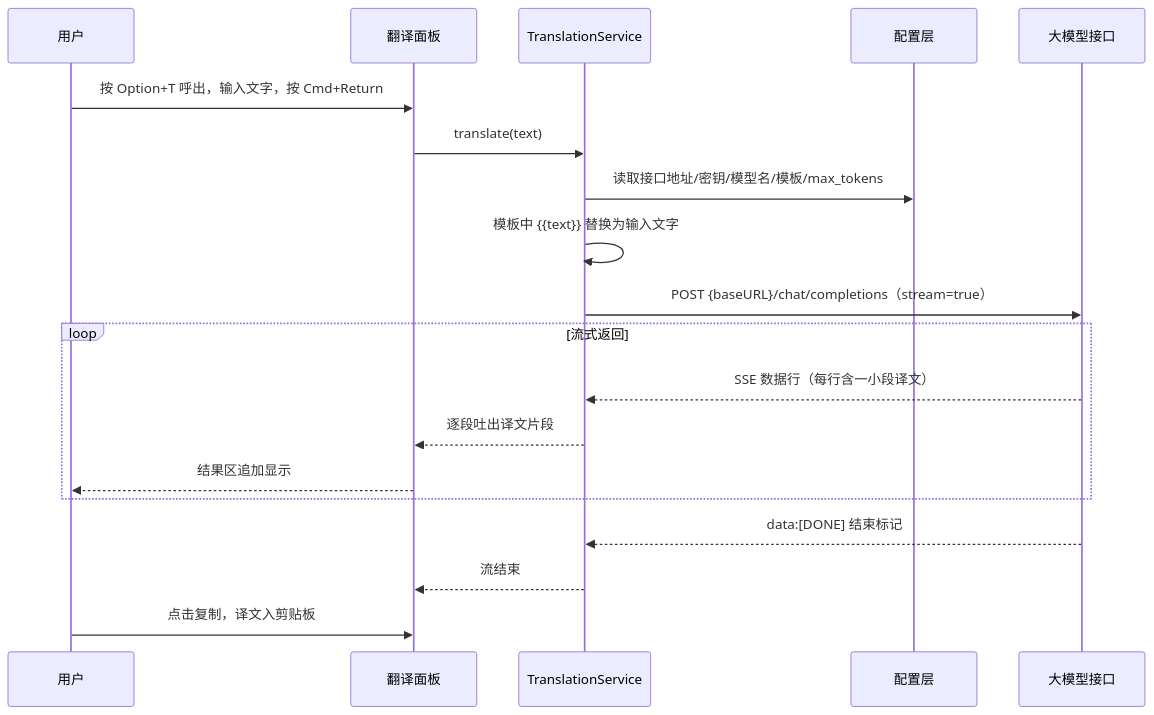
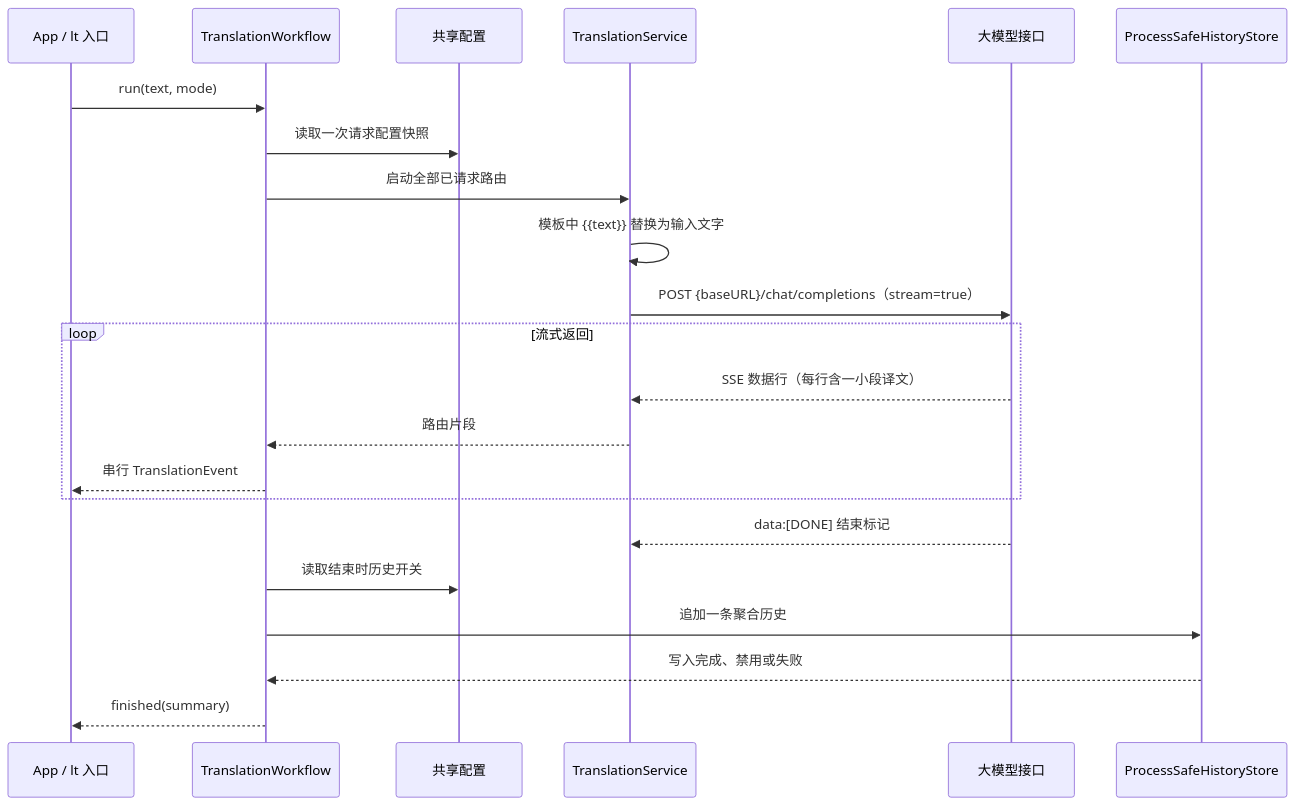
Before and after one commit to gOODiDEA2002/lighttrans: the second of 3 diagrams in docs/02-system-design.md, drawn with Mermaid. The commit also changed other lines of this file and 43 other files, not shown here.

````diff
--- a/docs/02-system-design.md
+++ b/docs/02-system-design.md
@@ -82,22 +88,25 @@
 ```mermaid
 sequenceDiagram
-    participant U as 用户
-    participant P as 翻译面板
+    participant E as App / lt 入口
+    participant W as TranslationWorkflow
+    participant C as 共享配置
     participant S as TranslationService
-    participant C as 配置层
     participant M as 大模型接口
+    participant H as ProcessSafeHistoryStore
 
-    U->>P: 按 Option+T 呼出，输入文字，按 Cmd+Return
-    P->>S: translate(text)
-    S->>C: 读取接口地址/密钥/模型名/模板/max_tokens
+    E->>W: run(text, mode)
+    W->>C: 读取一次请求配置快照
+    W->>S: 启动全部已请求路由
     S->>S: 模板中 {{text}} 替换为输入文字
     S->>M: POST {baseURL}/chat/completions（stream=true）
     loop 流式返回
         M-->>S: SSE 数据行（每行含一小段译文）
-        S-->>P: 逐段吐出译文片段
-        P-->>U: 结果区追加显示
+        S-->>W: 路由片段
+        W-->>E: 串行 TranslationEvent
     end
     M-->>S: data:[DONE] 结束标记
-    S-->>P: 流结束
-    U->>P: 点击复制，译文入剪贴板
+    W->>C: 读取结束时历史开关
+    W->>H: 追加一条聚合历史
+    H-->>W: 写入完成、禁用或失败
+    W-->>E: finished(summary)
 ```
````
